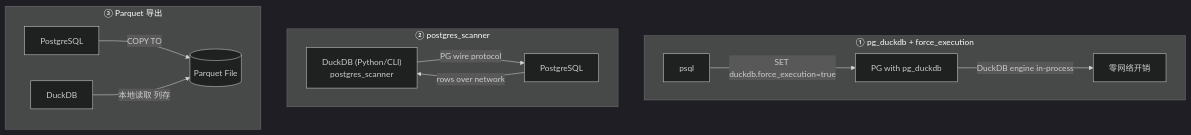
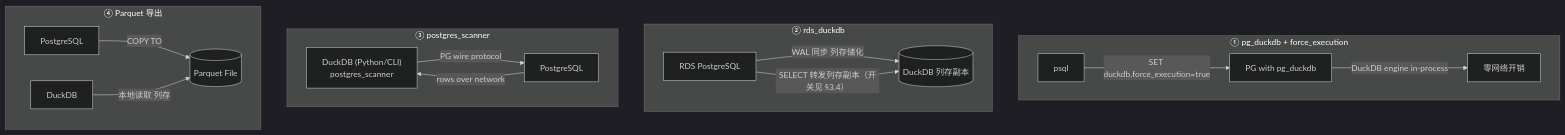
Before and after one commit to xiongjia/xiongjia.github.com: the first of 4 diagrams in docs/notes/research/topics/duckdb/postgresql-acceleration.md, drawn with Mermaid (dark theme). The commit also changed other lines of this file and 1 other file, not shown here.

First line of the commit message:
docs(research): add Aliyun rds_duckdb columnar-sync notes to DuckDB acceleration research (#164)

````diff
--- a/docs/notes/research/topics/duckdb/postgresql-acceleration.md
+++ b/docs/notes/research/topics/duckdb/postgresql-acceleration.md
@@ -37,17 +38,22 @@
 ```mermaid
 flowchart TD
     subgraph M1["① pg_duckdb + force_execution"]
         A1[psql] -->|SET duckdb.force_execution=true| A2[PG with pg_duckdb]
         A2 -->|DuckDB engine in-process| A3[零网络开销]
     end
 
-    subgraph M2["② postgres_scanner"]
+    subgraph M2["② rds_duckdb"]
+        D1[RDS PostgreSQL] -->|WAL 同步 列存储化| D2[(DuckDB 列存副本)]
+        D1 -->|"SELECT 转发列存副本（开关见 §3.4）"| D2
+    end
+
+    subgraph M3["③ postgres_scanner"]
         B1["DuckDB (Python/CLI)<br/>postgres_scanner"] -->|PG wire protocol| B2[PostgreSQL]
         B2 -->|rows over network| B1
     end
 
-    subgraph M3["③ Parquet 导出"]
+    subgraph M4["④ Parquet 导出"]
         C1[PostgreSQL] -->|COPY TO| C2[(Parquet File)]
         C3[DuckDB] -->|本地读取 列存| C2
     end
 ```
````
